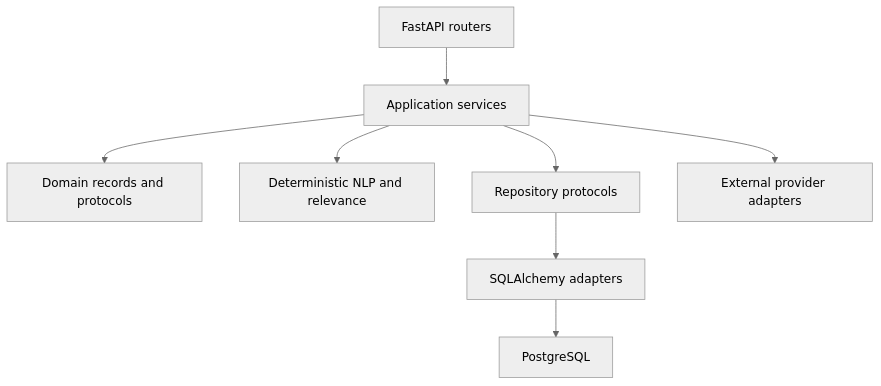
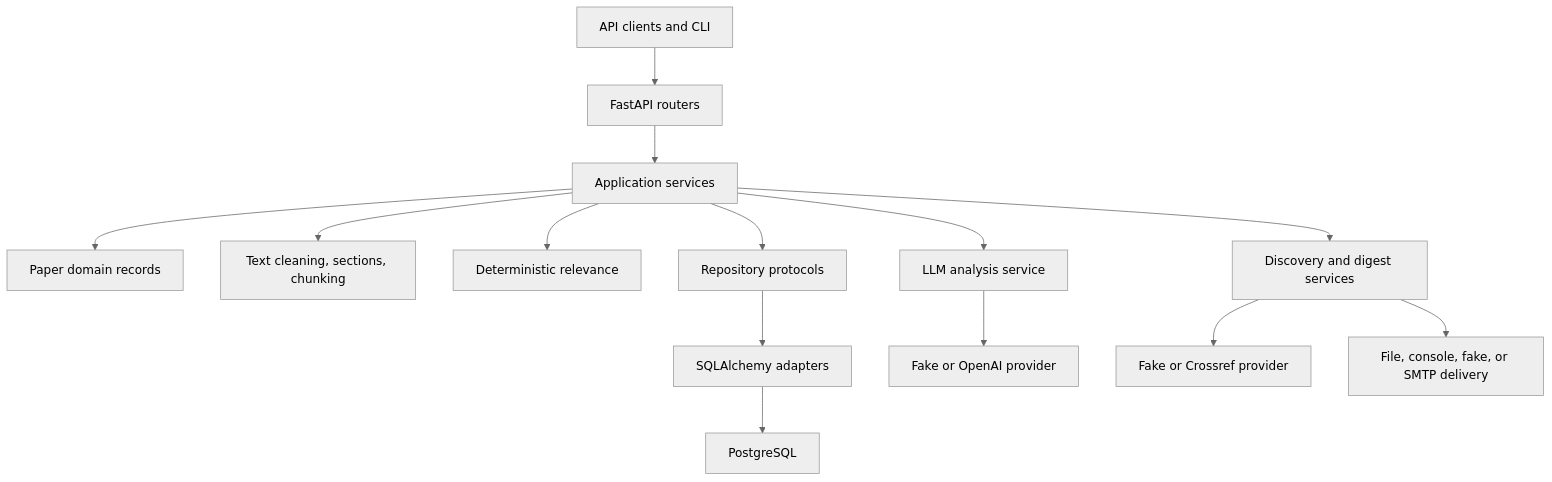
One commit to djdayz/mri-research-intelligence changed the first of 7 diagrams in docs/architecture.md. Above: the diagram before and after it, drawn with Mermaid (neutral theme). The commit also changed other lines of this file and 15 other files, not shown here.

````diff
--- a/docs/architecture.md
+++ b/docs/architecture.md
@@ -5,10 +7,16 @@
 ```mermaid
 flowchart TD
-    API["FastAPI routers"] --> Services["Application services"]
-    Services --> Domain["Domain records and protocols"]
-    Services --> NLP["Deterministic NLP and relevance"]
+    Client["API clients and CLI"] --> API["FastAPI routers"]
+    API --> Services["Application services"]
+    Services --> Papers["Paper domain records"]
+    Services --> NLP["Text cleaning, sections, chunking"]
+    Services --> Relevance["Deterministic relevance"]
+    Services --> Analysis["LLM analysis service"]
+    Services --> Discovery["Discovery and digest services"]
     Services --> Repositories["Repository protocols"]
-    Repositories --> Adapters["SQLAlchemy adapters"]
-    Adapters --> Postgres["PostgreSQL"]
-    Services --> Providers["External provider adapters"]
+    Repositories --> SQLAlchemy["SQLAlchemy adapters"]
+    SQLAlchemy --> Postgres["PostgreSQL"]
+    Analysis --> LLMProviders["Fake or OpenAI provider"]
+    Discovery --> DiscoveryProviders["Fake or Crossref provider"]
+    Discovery --> DeliveryProviders["File, console, fake, or SMTP delivery"]
 ```
````
